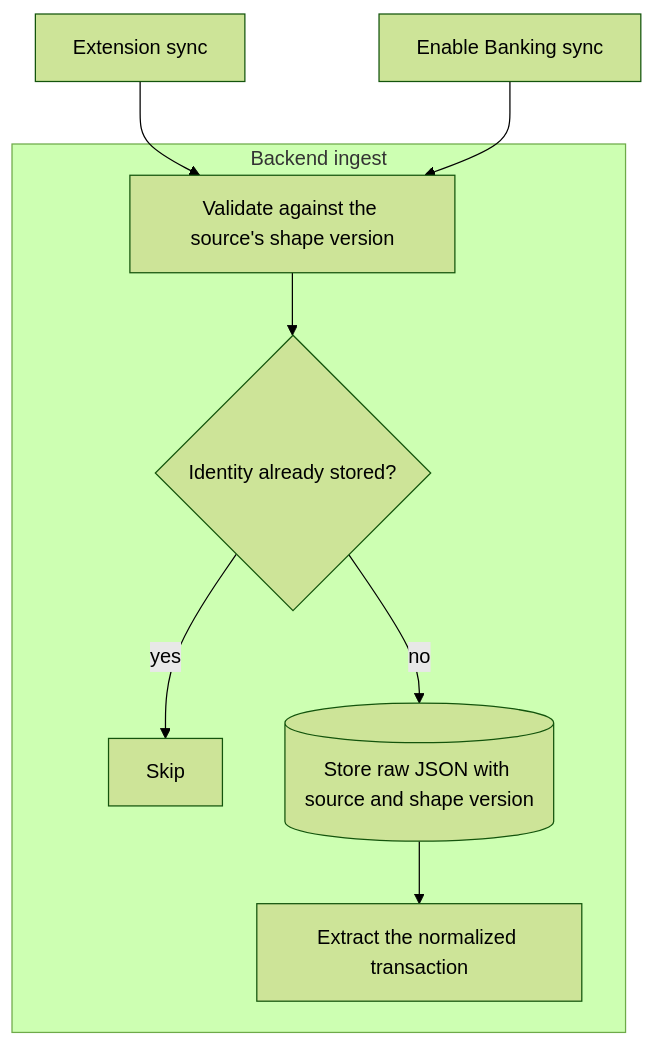
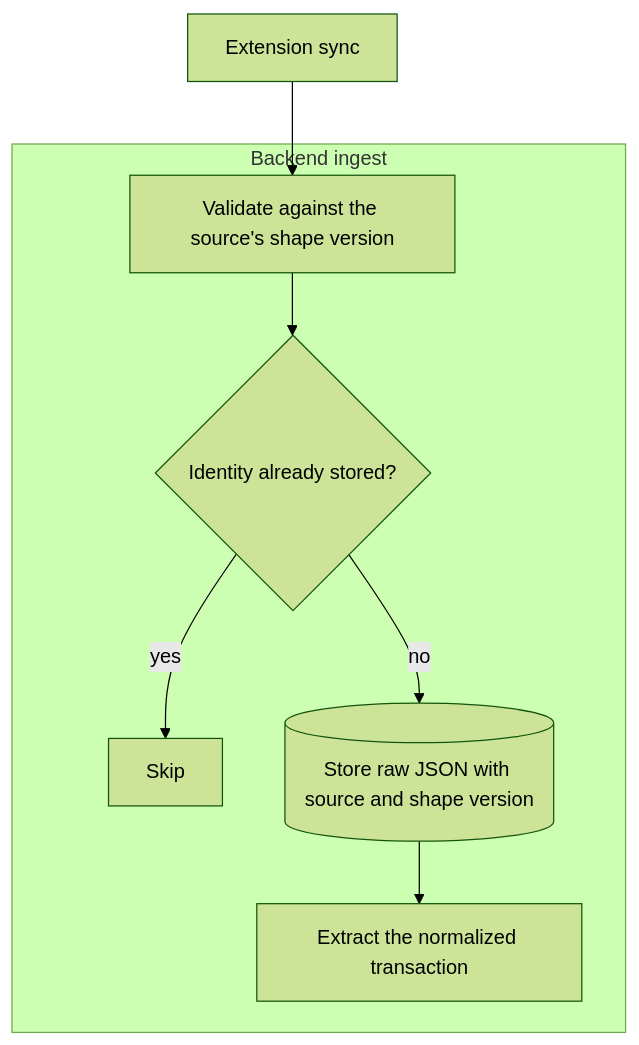
Before and after one commit to lennartmoeller/finance-tracker: the second of 5 diagrams in docs/architecture.md, drawn with Mermaid (forest theme). The commit also changed other lines of this file and 6 other files, not shown here.

````diff
--- a/docs/architecture.md
+++ b/docs/architecture.md
@@ -55,11 +57,10 @@
 ```mermaid
 flowchart TD
   extsync["Extension sync"] --> validate
-  ebsync["Enable Banking sync"] --> validate
   subgraph ingest["Backend ingest"]
     validate["Validate against the source's shape version"] --> known{"Identity already stored?"}
     known -- "yes" --> skip["Skip"]
     known -- "no" --> store[("Store raw JSON with source and shape version")]
     store --> extract["Extract the normalized transaction"]
   end
 ```
````
